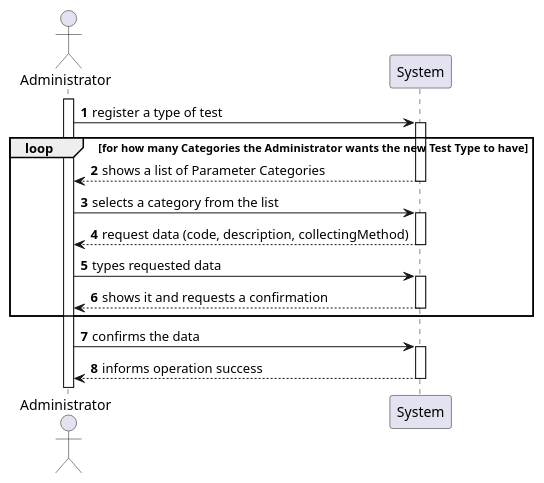
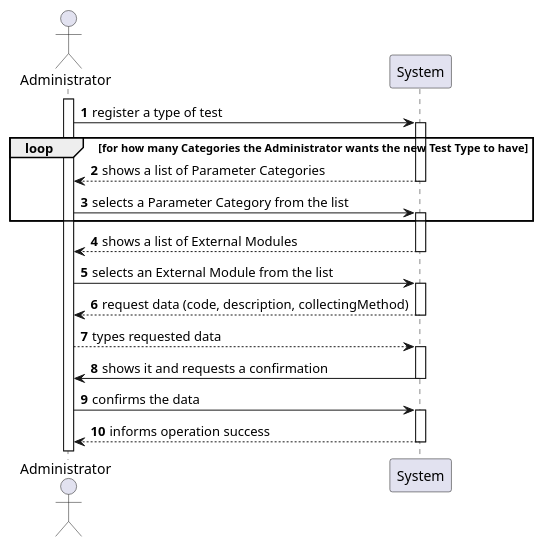
The diagram in docs/SprintC/US09/US09-SSD.puml (0franciscor/lei-21-s2-1de-g19), drawn with PlantUML before and after one commit. The commit also changed 12 other files, not shown here.

Commit message:
[US9] - Alteração dos diagramas de design e o respetivo código de forma a incorporar as alterações correspondentes às API's.

```diff
--- a/docs/SprintC/US09/US09-SSD.puml
+++ b/docs/SprintC/US09/US09-SSD.puml
@@ -1,18 +1,20 @@
 @startuml
 autonumber
 
 actor "Administrator" as admin
 activate admin
 
 admin -> System ++: register a type of test
 loop for how many Categories the Administrator wants the new Test Type to have
 System --> admin --: shows a list of Parameter Categories
-admin -> System ++: selects a category from the list
+admin -> System ++: selects a Parameter Category from the list
+end
+System --> admin --: shows a list of External Modules
+admin -> System ++: selects an External Module from the list
 System -->  admin --: request data (code, description, collectingMethod)
-admin ->  System ++: types requested data
-System --> admin --: shows it and requests a confirmation
-end
+admin -->  System ++: types requested data
+System -> admin --: shows it and requests a confirmation
 admin -> System ++: confirms the data
 System --> admin --: informs operation success
 
 @enduml
```
